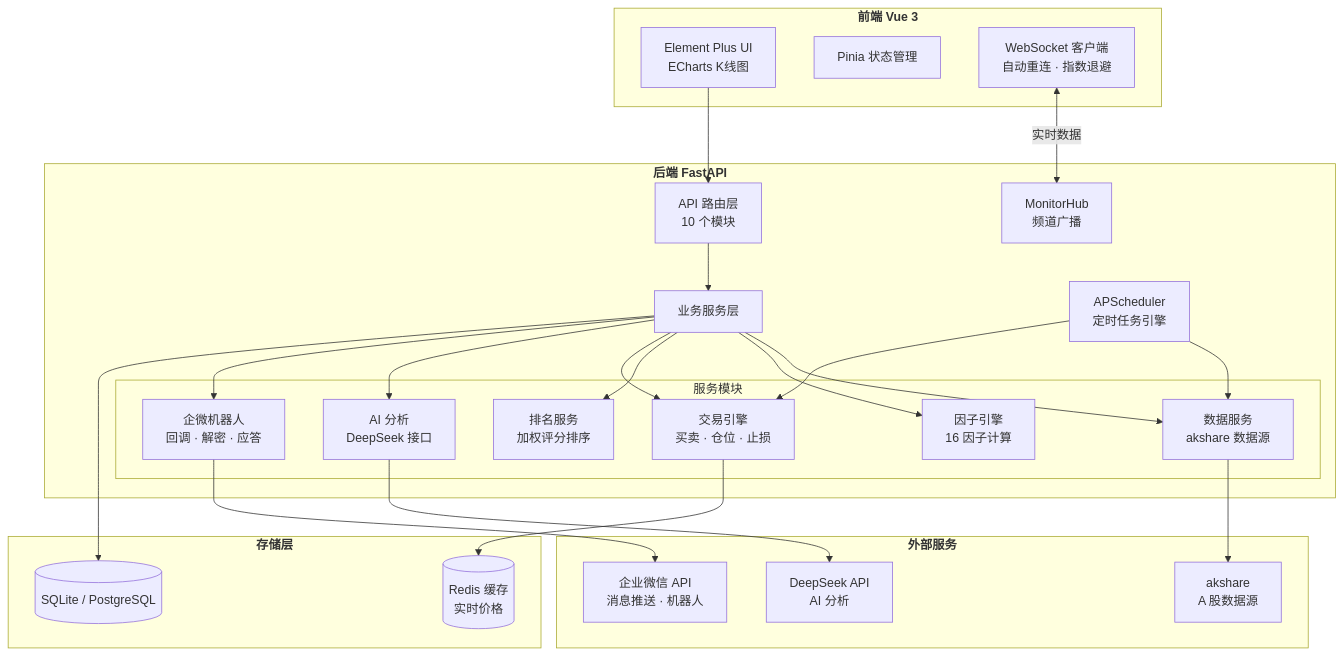
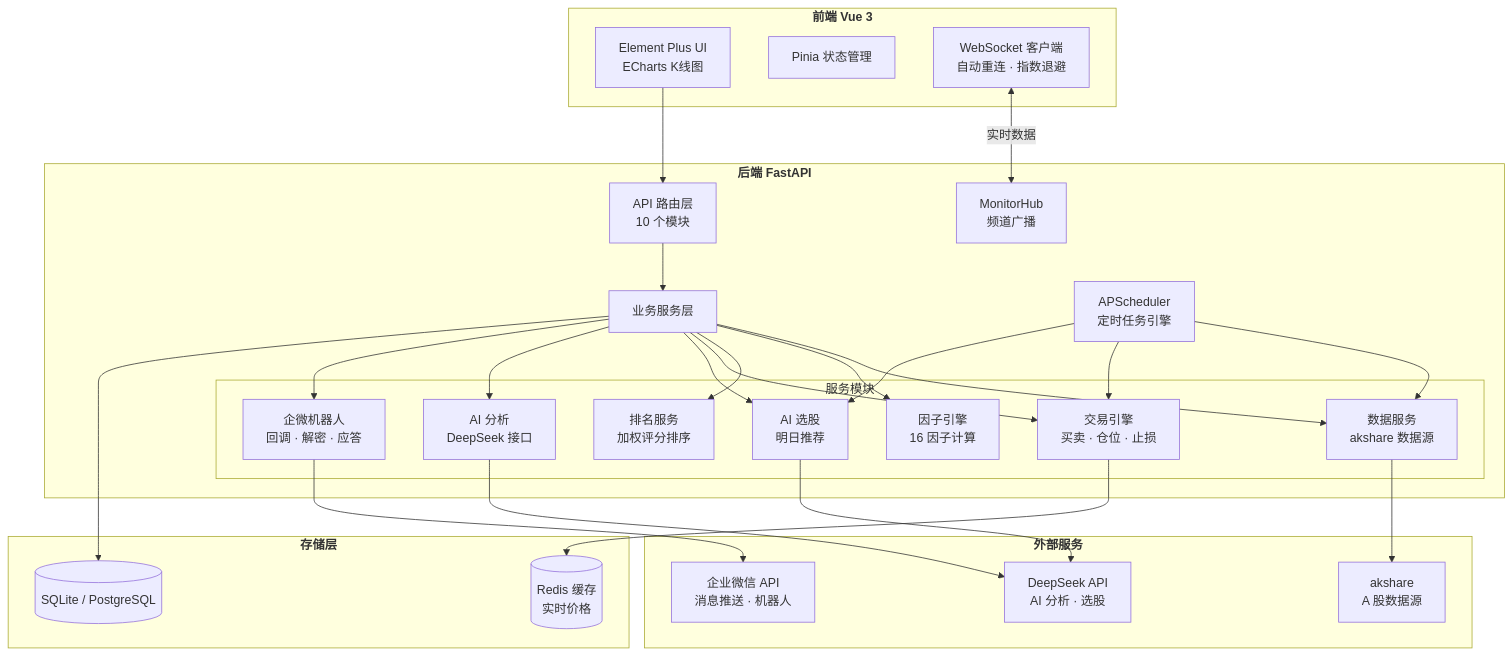
One commit to Leechion/stock-picker changed the first of 6 diagrams in README.md. Above: the diagram before and after it, drawn with Mermaid. The commit also changed other lines of this file and 15 other files, not shown here.

````diff
--- a/README.md
+++ b/README.md
@@ -73,46 +94,48 @@
 ```mermaid
 graph TB
     subgraph Frontend["<b>前端 Vue 3</b>"]
         UI["Element Plus UI<br/>ECharts K线图"]
         Store["Pinia 状态管理"]
         WS_Client["WebSocket 客户端<br/>自动重连 · 指数退避"]
     end
 
     subgraph Backend["<b>后端 FastAPI</b>"]
         API["API 路由层<br/>10 个模块"]
         Services["业务服务层"]
         Scheduler["APScheduler<br/>定时任务引擎"]
         WS_Hub["MonitorHub<br/>频道广播"]
 
         subgraph Services_Detail["服务模块"]
             DataService["数据服务<br/>akshare 数据源"]
             FactorEngine["因子引擎<br/>16 因子计算"]
             RankingService["排名服务<br/>加权评分排序"]
             TradingEngine["交易引擎<br/>买卖 · 仓位 · 止损"]
             AIReport["AI 分析<br/>DeepSeek 接口"]
+            AIPick["AI 选股<br/>明日推荐"]
             WeChatBot["企微机器人<br/>回调 · 解密 · 应答"]
         end
     end
 
     subgraph Storage["<b>存储层</b>"]
         DB[("SQLite / PostgreSQL")]
         Redis[("Redis 缓存<br/>实时价格")]
     end
 
     subgraph External["<b>外部服务</b>"]
         AkShare["akshare<br/>A 股数据源"]
-        DeepSeek_API["DeepSeek API<br/>AI 分析"]
+        DeepSeek_API["DeepSeek API<br/>AI 分析 · 选股"]
         WeChat_API["企业微信 API<br/>消息推送 · 机器人"]
     end
 
     UI --> API
     WS_Client <-->|实时数据| WS_Hub
     API --> Services
-    Services --> DataService & FactorEngine & RankingService & TradingEngine & AIReport & WeChatBot
+    Services --> DataService & FactorEngine & RankingService & TradingEngine & AIPick & AIReport & WeChatBot
     DataService --> AkShare
+    AIPick --> DeepSeek_API
     AIReport --> DeepSeek_API
     WeChatBot --> WeChat_API
     Services --> DB
     TradingEngine --> Redis
-    Scheduler --> DataService & TradingEngine
+    Scheduler --> DataService & TradingEngine & AIPick
 ```
````
